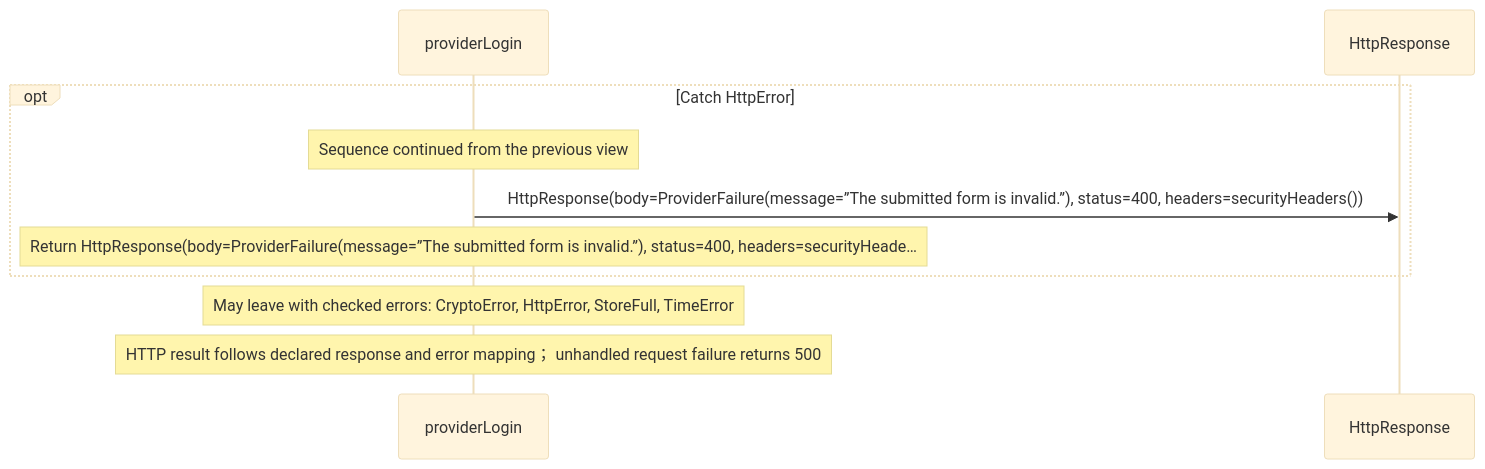
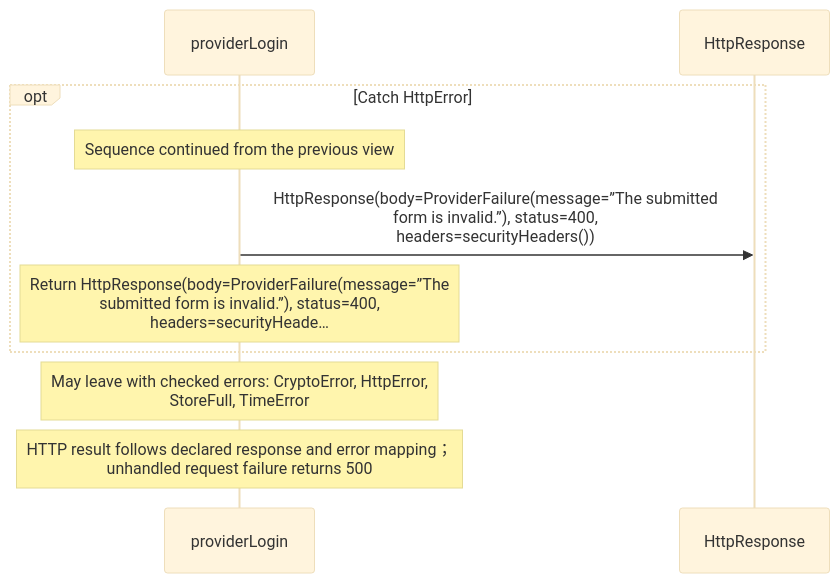
The ninth of 9 diagrams in docs/examples/oidc-login/provider/authorization-diagrams.md (GreenPandaStudios/augscript), drawn with Mermaid (base theme) before and after one commit. The commit also changed other lines of this file and 200 other files, not shown here.

Commit message:
Group imported operations and wrap readable sequence messages

````diff
--- a/docs/examples/oidc-login/provider/authorization-diagrams.md
+++ b/docs/examples/oidc-login/provider/authorization-diagrams.md
@@ -387,12 +377,12 @@
 ```mermaid
 sequenceDiagram
     participant p0 as providerLogin
     participant p1 as HttpResponse
     opt Catch HttpError
     Note over p0: Sequence continued from the previous view
-    p0->>p1: HttpResponse(body=ProviderFailure(message=”The submitted form is invalid.”), status=400, headers=securityHeaders())
-    Note over p0: Return HttpResponse(body=ProviderFailure(message=”The submitted form is invalid.”), status=400, headers=securityHeade…
+    p0->>p1: HttpResponse(body=ProviderFailure(message=”The submitted<br/>form is invalid.”), status=400,<br/>headers=securityHeaders())
+    Note over p0: Return HttpResponse(body=ProviderFailure(message=”The<br/>submitted form is invalid.”), status=400,<br/>headers=securityHeade…
     end
-    Note over p0: May leave with checked errors: CryptoError, HttpError, StoreFull, TimeError
-    Note over p0: HTTP result follows declared response and error mapping； unhandled request failure returns 500
+    Note over p0: May leave with checked errors: CryptoError, HttpError,<br/>StoreFull, TimeError
+    Note over p0: HTTP result follows declared response and error mapping；<br/>unhandled request failure returns 500
 ```
````
